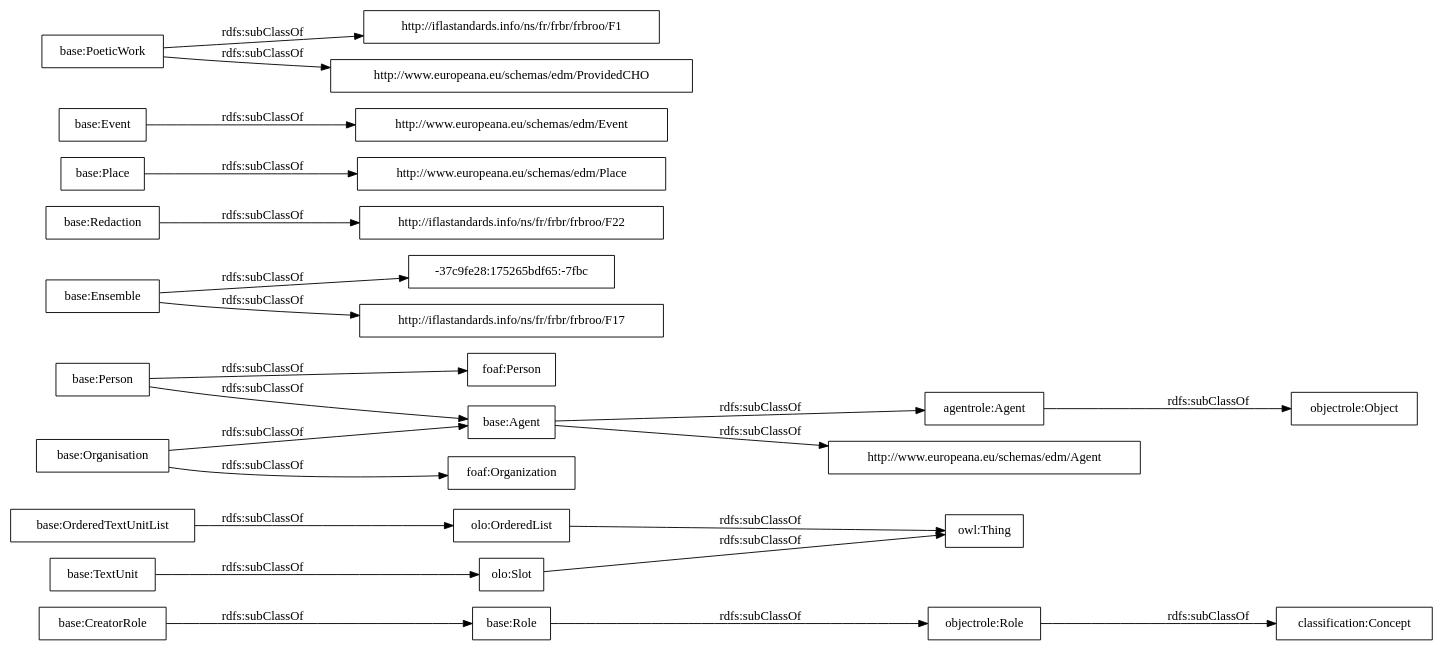
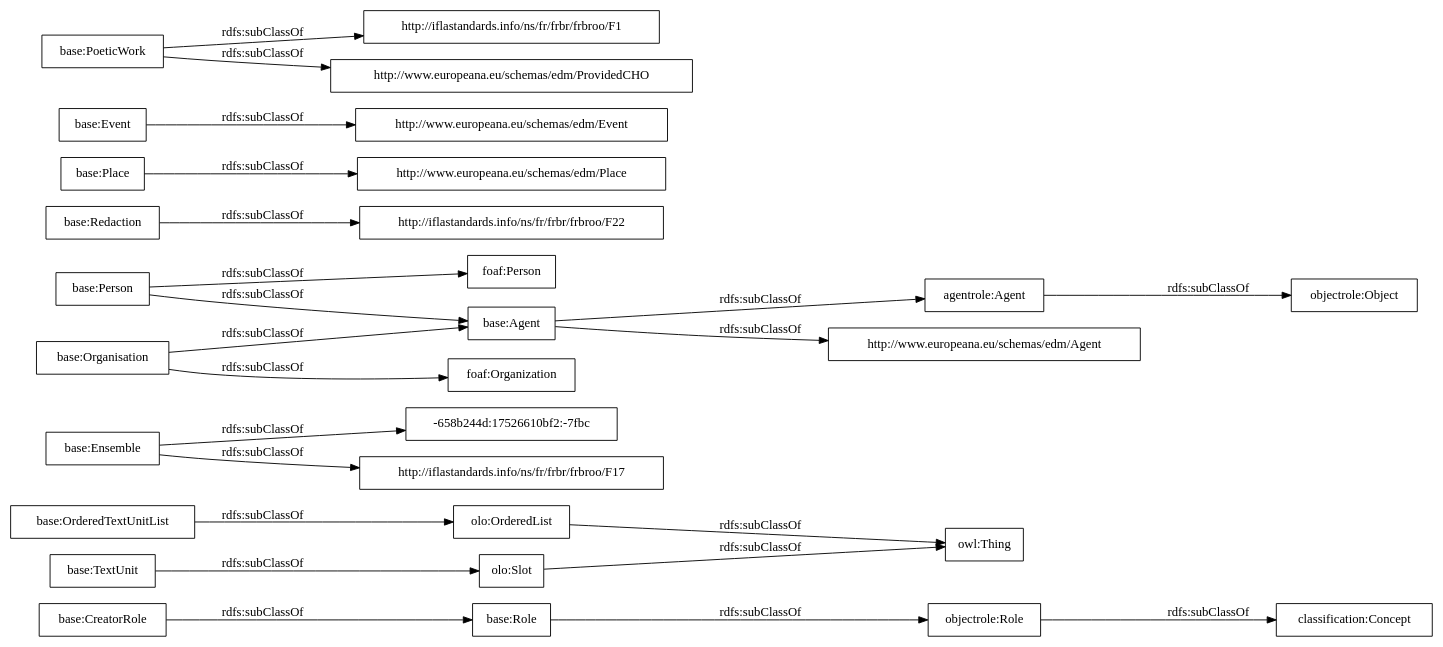
The diagram in OnToology/postdata-core.owl/diagrams/ar2dtool-taxonomy/postdata-core.owl.png.dot (OnToologyUser/core-ontology-1), drawn with Graphviz before and after one commit. The commit also changed 14 other files, not shown here.

```diff
--- a/OnToology/postdata-core.owl/diagrams/ar2dtool-taxonomy/postdata-core.owl.png.dot
+++ b/OnToology/postdata-core.owl/diagrams/ar2dtool-taxonomy/postdata-core.owl.png.dot
@@ -1,27 +1,27 @@
 digraph ar2dtool_diagram { 
 rankdir=LR;
 size="1000"
-node [shape = rectangle, color="black"]; "base:Role" "base:OrderedTextUnitList" "agentrole:Agent" "-37c9fe28:175265bdf65:-7fbc" "http://iflastandards.info/ns/fr/frbr/frbroo/F22" "http://www.europeana.eu/schemas/edm/Agent" "base:Agent" "base:CreatorRole" "base:Person" "base:Organisation" "http://www.europeana.eu/schemas/edm/Place" "base:Redaction" "base:Ensemble" "foaf:Person" "http://www.europeana.eu/schemas/edm/Event" "base:TextUnit" "http://iflastandards.info/ns/fr/frbr/frbroo/F1" "foaf:Organization" "http://www.europeana.eu/schemas/edm/ProvidedCHO" "base:Place" "base:Event" "base:PoeticWork" "http://iflastandards.info/ns/fr/frbr/frbroo/F17" "owl:Thing" "objectrole:Role" "objectrole:Object" "olo:Slot" "olo:OrderedList" "classification:Concept" ; /*classes style*/
+node [shape = rectangle, color="black"]; "base:Role" "base:OrderedTextUnitList" "-658b244d:17526610bf2:-7fbc" "agentrole:Agent" "http://iflastandards.info/ns/fr/frbr/frbroo/F22" "http://www.europeana.eu/schemas/edm/Agent" "base:Agent" "base:CreatorRole" "base:Person" "base:Organisation" "http://www.europeana.eu/schemas/edm/Place" "base:Redaction" "base:Ensemble" "foaf:Person" "http://www.europeana.eu/schemas/edm/Event" "base:TextUnit" "http://iflastandards.info/ns/fr/frbr/frbroo/F1" "foaf:Organization" "http://www.europeana.eu/schemas/edm/ProvidedCHO" "base:Place" "base:Event" "base:PoeticWork" "http://iflastandards.info/ns/fr/frbr/frbroo/F17" "owl:Thing" "objectrole:Role" "objectrole:Object" "olo:Slot" "olo:OrderedList" "classification:Concept" ; /*classes style*/
 	"base:Redaction" -> "http://iflastandards.info/ns/fr/frbr/frbroo/F22" [ label = "rdfs:subClassOf" ];
 	"base:Role" -> "objectrole:Role" [ label = "rdfs:subClassOf" ];
 	"base:Event" -> "http://www.europeana.eu/schemas/edm/Event" [ label = "rdfs:subClassOf" ];
 	"base:Person" -> "foaf:Person" [ label = "rdfs:subClassOf" ];
 	"base:Person" -> "base:Agent" [ label = "rdfs:subClassOf" ];
 	"olo:OrderedList" -> "owl:Thing" [ label = "rdfs:subClassOf" ];
 	"olo:Slot" -> "owl:Thing" [ label = "rdfs:subClassOf" ];
 	"base:PoeticWork" -> "http://www.europeana.eu/schemas/edm/ProvidedCHO" [ label = "rdfs:subClassOf" ];
 	"base:PoeticWork" -> "http://iflastandards.info/ns/fr/frbr/frbroo/F1" [ label = "rdfs:subClassOf" ];
 	"base:TextUnit" -> "olo:Slot" [ label = "rdfs:subClassOf" ];
 	"agentrole:Agent" -> "objectrole:Object" [ label = "rdfs:subClassOf" ];
-	"base:Ensemble" -> "-37c9fe28:175265bdf65:-7fbc" [ label = "rdfs:subClassOf" ];
+	"base:Ensemble" -> "-658b244d:17526610bf2:-7fbc" [ label = "rdfs:subClassOf" ];
 	"base:Ensemble" -> "http://iflastandards.info/ns/fr/frbr/frbroo/F17" [ label = "rdfs:subClassOf" ];
 	"base:OrderedTextUnitList" -> "olo:OrderedList" [ label = "rdfs:subClassOf" ];
 	"base:Agent" -> "agentrole:Agent" [ label = "rdfs:subClassOf" ];
 	"base:Agent" -> "http://www.europeana.eu/schemas/edm/Agent" [ label = "rdfs:subClassOf" ];
 	"objectrole:Role" -> "classification:Concept" [ label = "rdfs:subClassOf" ];
 	"base:Place" -> "http://www.europeana.eu/schemas/edm/Place" [ label = "rdfs:subClassOf" ];
 	"base:Organisation" -> "foaf:Organization" [ label = "rdfs:subClassOf" ];
 	"base:Organisation" -> "base:Agent" [ label = "rdfs:subClassOf" ];
 	"base:CreatorRole" -> "base:Role" [ label = "rdfs:subClassOf" ];
 
 }
```
